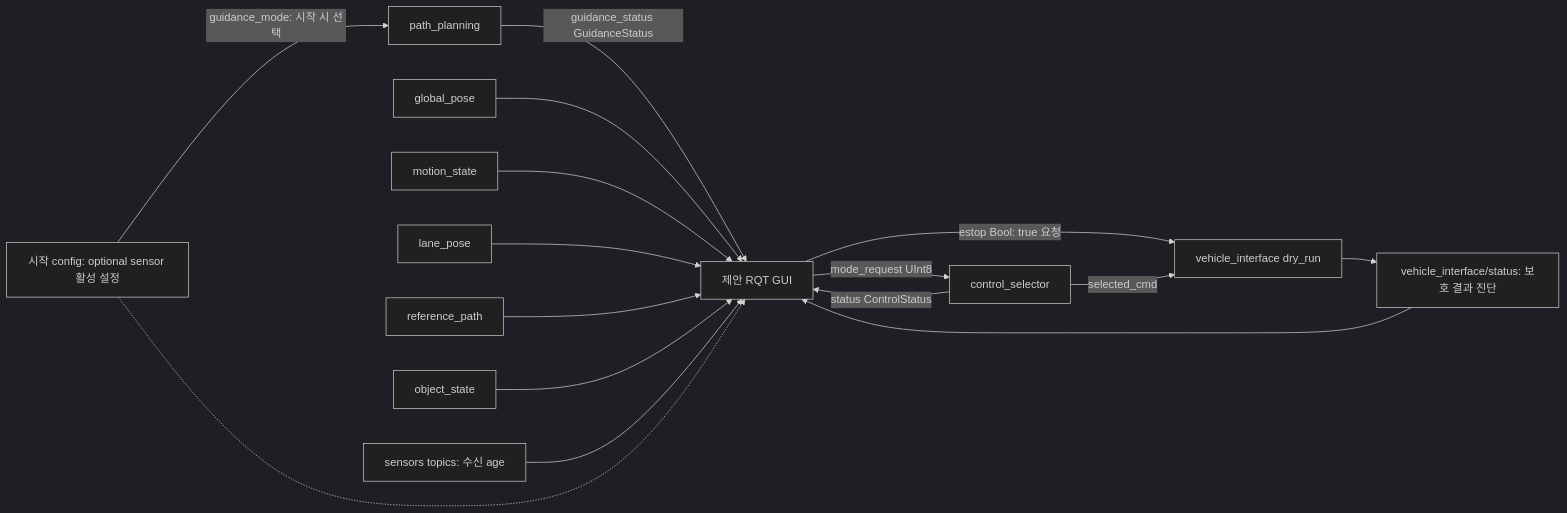
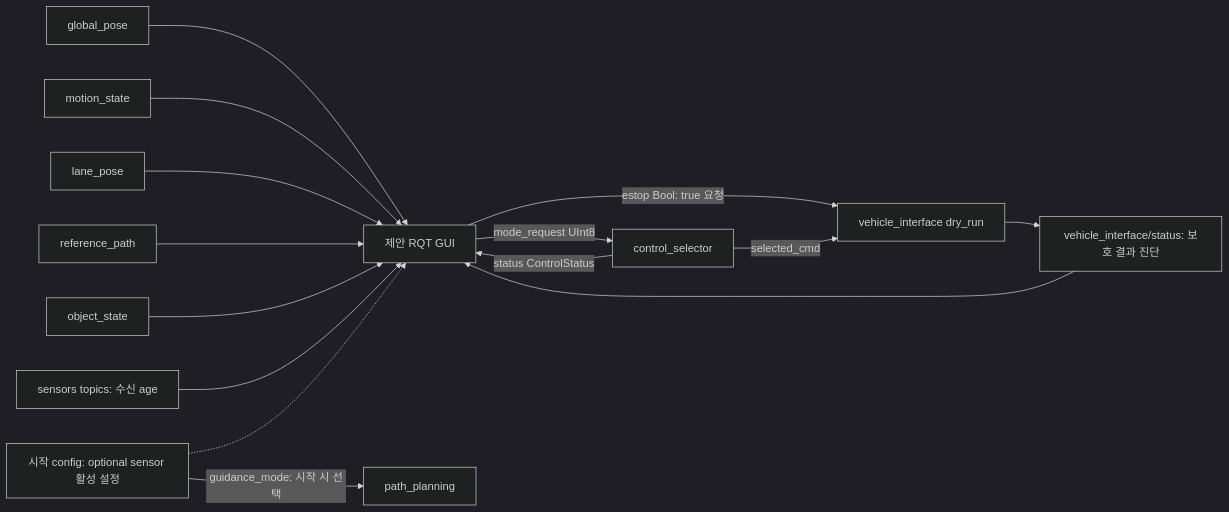
The fourth of 4 diagrams in doc/guidance_modes.md (planta223/control_manager), drawn with Mermaid (dark theme) before and after one commit. The commit also changed other lines of this file and 23 other files, not shown here.

````diff
--- a/doc/guidance_modes.md
+++ b/doc/guidance_modes.md
@@ -179,18 +180,17 @@
 ```mermaid
 flowchart LR
   UI[제안 RQT GUI] -->|mode_request UInt8| CM[control_selector]
   CFG -->|guidance_mode: 시작 시 선택| PP[path_planning]
-  PP -->|guidance_status GuidanceStatus| UI
   CM -->|status ControlStatus| UI
   GP[global_pose] --> UI
   MS[motion_state] --> UI
   LN[lane_pose] --> UI
   RP[reference_path] --> UI
   OS[object_state] --> UI
   VS[vehicle_interface/status: 보호 결과 진단] --> UI
   RX[sensors topics: 수신 age] --> UI
   CFG[시작 config: optional sensor 활성 설정] -.-> UI
   UI -->|estop Bool: true 요청| VI[vehicle_interface dry_run]
   CM -->|selected_cmd| VI
   VI --> VS
 ```
````
